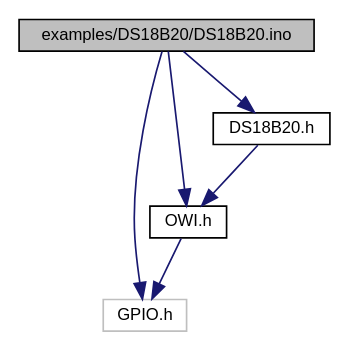
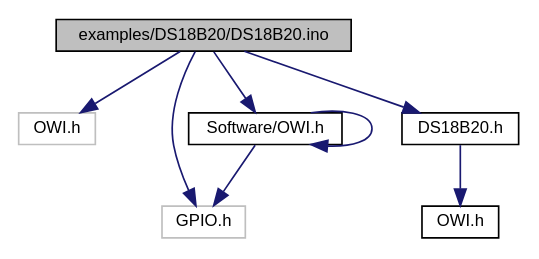
Before and after one commit to mikaelpatel/mikaelpatel.github.io: the diagram in Arduino-OWI/d9/dc1/DS18B20_8ino__incl.dot, drawn with Graphviz. The commit also changed 190 other files, not shown here.

```diff
--- a/Arduino-OWI/d9/dc1/DS18B20_8ino__incl.dot
+++ b/Arduino-OWI/d9/dc1/DS18B20_8ino__incl.dot
@@ -1,14 +1,18 @@
 digraph "examples/DS18B20/DS18B20.ino"
 {
   edge [fontname="Helvetica",fontsize="10",labelfontname="Helvetica",labelfontsize="10"];
   node [fontname="Helvetica",fontsize="10",shape=record];
   Node1 [label="examples/DS18B20/DS18B20.ino",height=0.2,width=0.4,color="black", fillcolor="grey75", style="filled", fontcolor="black"];
   Node1 -> Node2 [color="midnightblue",fontsize="10",style="solid",fontname="Helvetica"];
-  Node2 [label="GPIO.h",height=0.2,width=0.4,color="grey75", fillcolor="white", style="filled"];
+  Node2 [label="OWI.h",height=0.2,width=0.4,color="grey75", fillcolor="white", style="filled"];
   Node1 -> Node3 [color="midnightblue",fontsize="10",style="solid",fontname="Helvetica"];
-  Node3 [label="OWI.h",height=0.2,width=0.4,color="black", fillcolor="white", style="filled",URL="$d5/d27/OWI_8h.html"];
-  Node3 -> Node2 [color="midnightblue",fontsize="10",style="solid",fontname="Helvetica"];
+  Node3 [label="GPIO.h",height=0.2,width=0.4,color="grey75", fillcolor="white", style="filled"];
   Node1 -> Node4 [color="midnightblue",fontsize="10",style="solid",fontname="Helvetica"];
-  Node4 [label="DS18B20.h",height=0.2,width=0.4,color="black", fillcolor="white", style="filled",URL="$d4/d9d/DS18B20_8h.html"];
+  Node4 [label="Software/OWI.h",height=0.2,width=0.4,color="black", fillcolor="white", style="filled",URL="$d7/d2d/Software_2OWI_8h.html"];
+  Node4 -> Node4 [color="midnightblue",fontsize="10",style="solid",fontname="Helvetica"];
   Node4 -> Node3 [color="midnightblue",fontsize="10",style="solid",fontname="Helvetica"];
+  Node1 -> Node5 [color="midnightblue",fontsize="10",style="solid",fontname="Helvetica"];
+  Node5 [label="DS18B20.h",height=0.2,width=0.4,color="black", fillcolor="white", style="filled",URL="$d4/d9d/DS18B20_8h.html"];
+  Node5 -> Node6 [color="midnightblue",fontsize="10",style="solid",fontname="Helvetica"];
+  Node6 [label="OWI.h",height=0.2,width=0.4,color="black", fillcolor="white", style="filled",URL="$d5/d27/OWI_8h.html"];
 }
```
